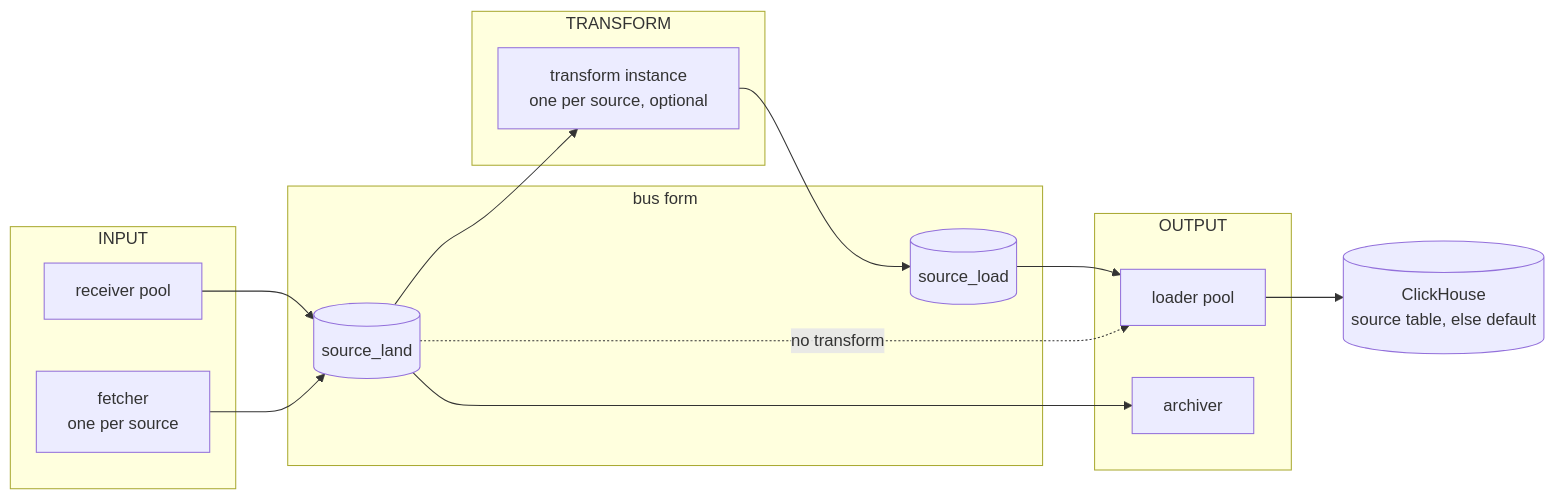
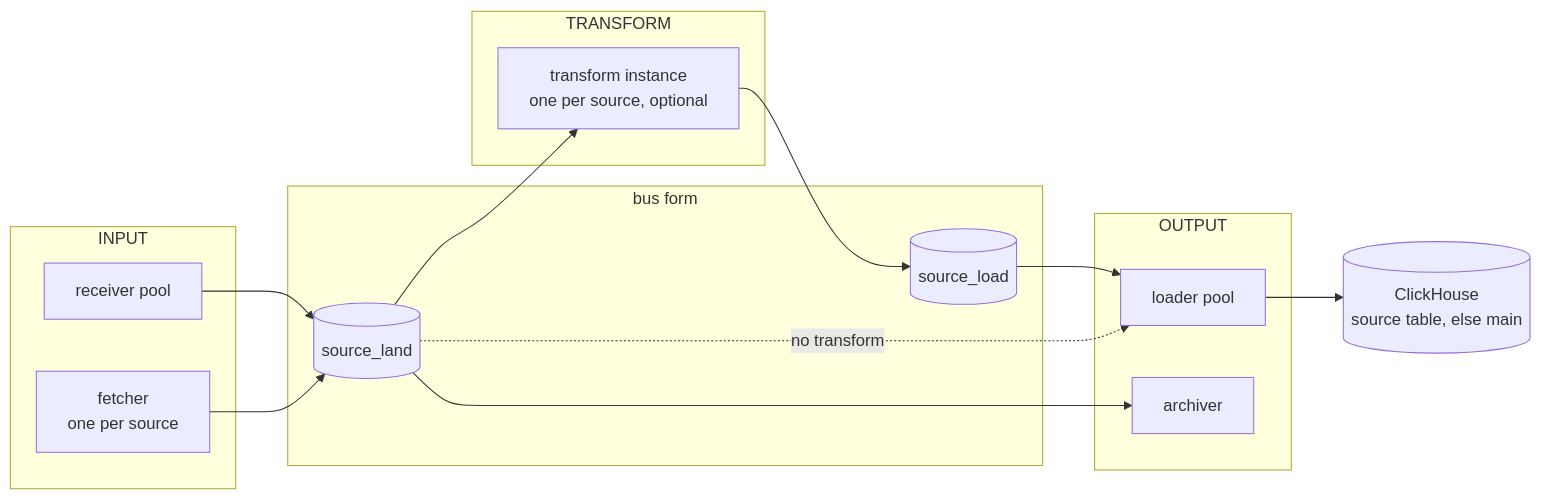
The first of 3 diagrams in docs/data-plane/source-flow.md (hyperi-io/dfe-engine), drawn with Mermaid before and after one commit. The commit also changed other lines of this file and 33 other files, not shown here.

First line of the commit message:
fix: the catch-all source and landing table are main everywhere

````diff
--- a/docs/data-plane/source-flow.md
+++ b/docs/data-plane/source-flow.md
@@ -17,25 +17,25 @@
 ```mermaid
 flowchart LR
   subgraph INPUT
     R[receiver pool]
     F[fetcher<br/>one per source]
   end
   subgraph BUS[bus form]
     TL[(source_land)]
     TO[(source_load)]
   end
   subgraph TRANSFORM
     T[transform instance<br/>one per source, optional]
   end
   subgraph OUTPUT
     L[loader pool]
     A[archiver]
   end
   R --> TL
   F --> TL
   TL --> T --> TO
   TO --> L
   TL -.->|no transform| L
   TL --> A
-  L --> CH[(ClickHouse<br/>source table, else default)]
+  L --> CH[(ClickHouse<br/>source table, else main)]
 ```
````
